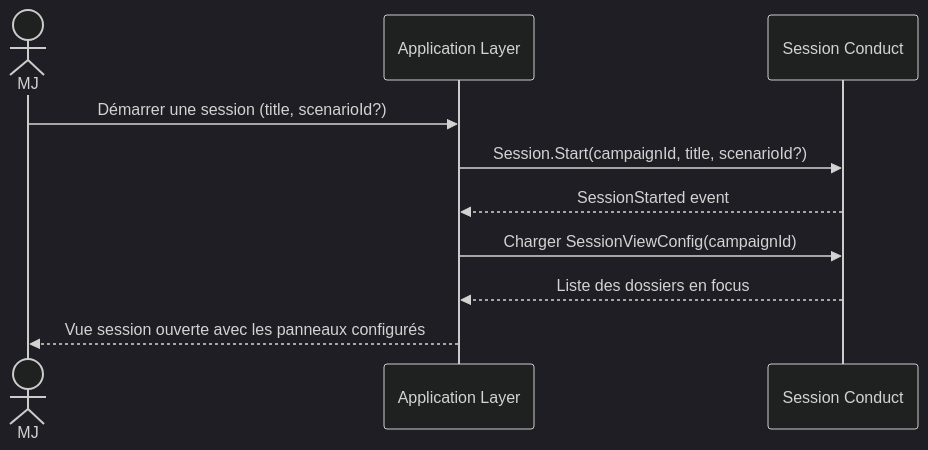
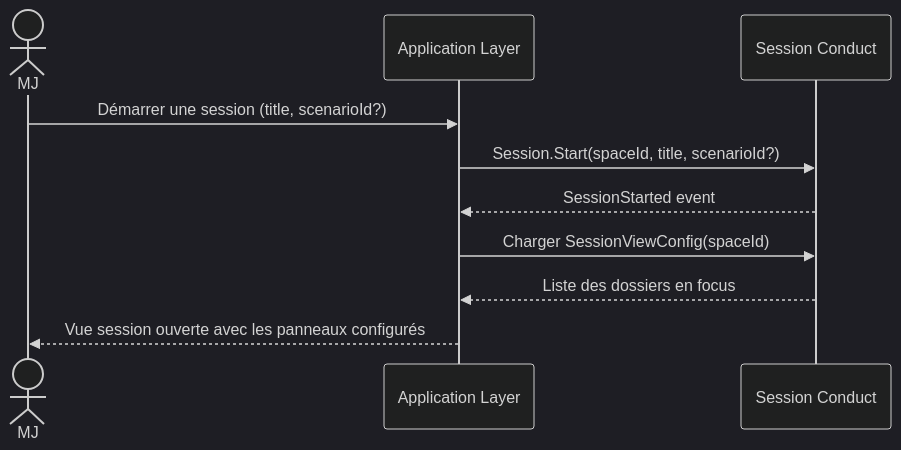
One commit to 2025-10-CDA-ECO-P6/PM-micro-saas changed the third of 9 diagrams in docs/conception/domain/diagrams/flows/session-conduct.md. Above: the diagram before and after it, drawn with Mermaid (dark theme). The commit also changed other lines of this file and 68 other files, not shown here.

First line of the commit message:
docs(corpus): renomme Campaign en Space et ajoute les spécifications techniques

````diff
--- a/docs/conception/domain/diagrams/flows/session-conduct.md
+++ b/docs/conception/domain/diagrams/flows/session-conduct.md
@@ -40,13 +40,13 @@
 ```mermaid
 sequenceDiagram
     actor MJ
     participant App as Application Layer
     participant SC as Session Conduct
 
     MJ->>App: Démarrer une session (title, scenarioId?)
-    App->>SC: Session.Start(campaignId, title, scenarioId?)
+    App->>SC: Session.Start(spaceId, title, scenarioId?)
     SC-->>App: SessionStarted event
-    App->>SC: Charger SessionViewConfig(campaignId)
+    App->>SC: Charger SessionViewConfig(spaceId)
     SC-->>App: Liste des dossiers en focus
     App-->>MJ: Vue session ouverte avec les panneaux configurés
 ```
````
